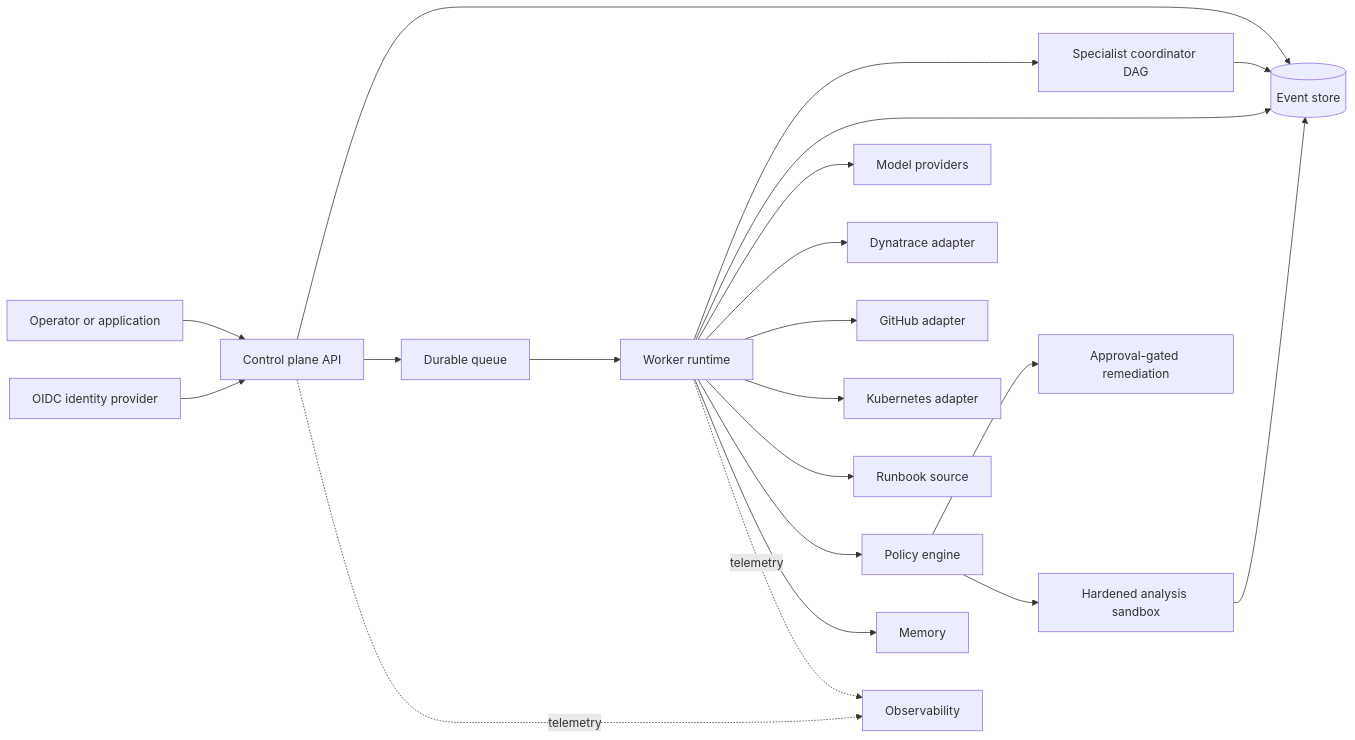
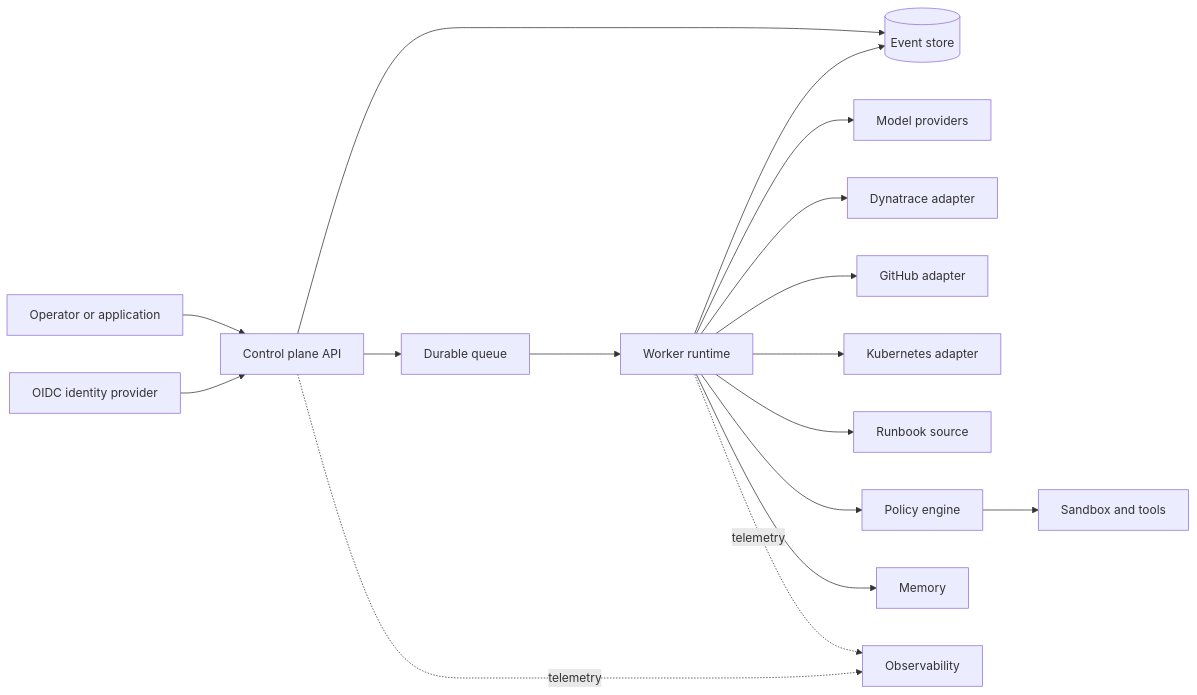
Before and after one commit to mrinmoyece/aegis-agent-platform: the first of 6 diagrams in docs/architecture.md, drawn with Mermaid. The commit also changed other lines of this file and 39 other files, not shown here.

````diff
--- a/docs/architecture.md
+++ b/docs/architecture.md
@@ -22,23 +14,19 @@
 ```mermaid
 flowchart LR
   User[Operator or application] --> CP[Control plane API]
   IdP[OIDC identity provider] --> CP
   CP --> ES[(Event store)]
   CP --> Q[Durable queue]
   Q --> W[Worker runtime]
-  W --> A[Specialist coordinator DAG]
-  A --> ES
   W --> ES
   W --> P[Model providers]
   W --> DT[Dynatrace adapter]
   W --> GH[GitHub adapter]
   W --> K8s[Kubernetes adapter]
   W --> RB[Runbook source]
   W --> Policy[Policy engine]
-  Policy --> R[Approval-gated remediation]
-  Policy --> S[Hardened analysis sandbox]
-  S --> ES
+  Policy --> S[Sandbox and tools]
   W --> M[Memory]
   CP -. telemetry .-> O[Observability]
   W -. telemetry .-> O
 ```
````
